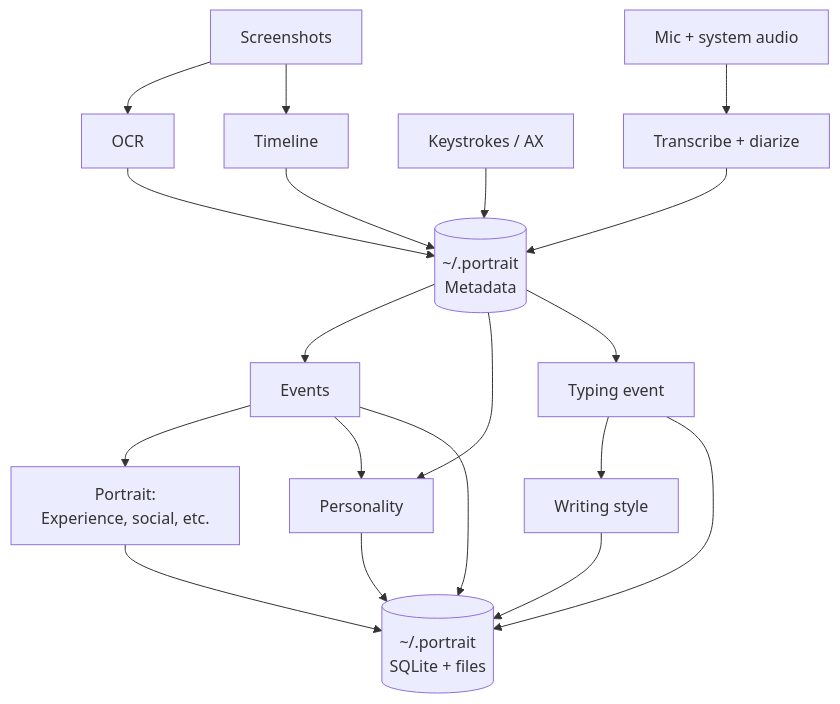
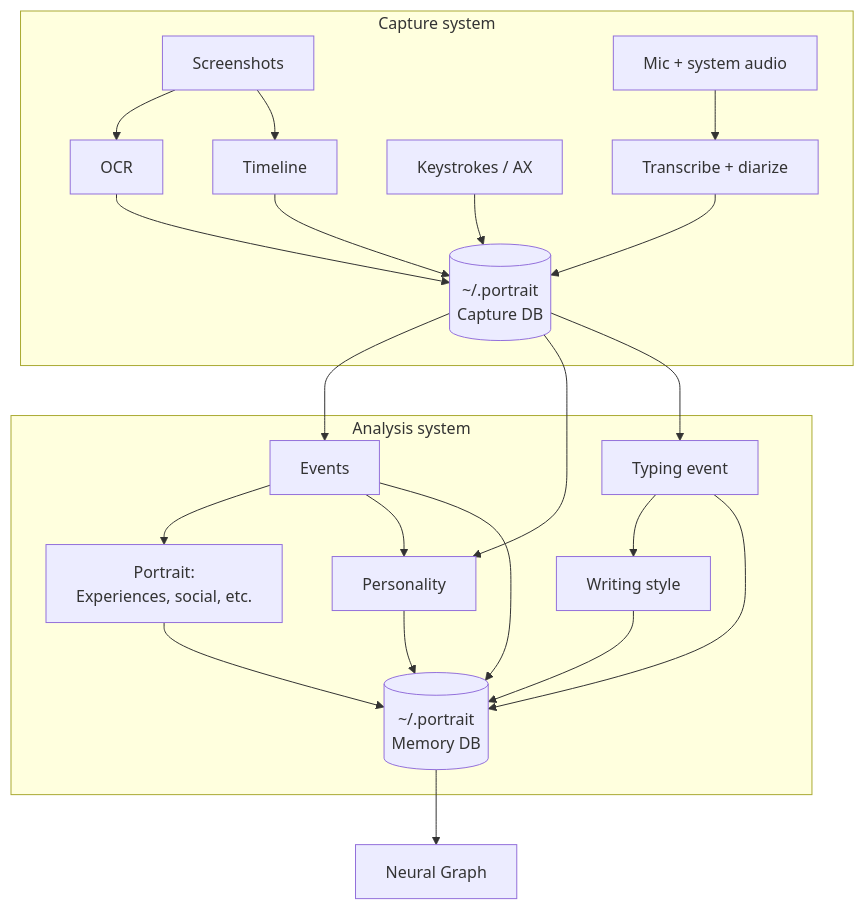
One commit to joyzhang14-14/My-Portrait changed the diagram in README.md. Above: the diagram before and after it, drawn with Mermaid. The commit also changed other lines of this file, not shown here.

Commit message:
docs(readme): 流程图分 capture/analysis 两块并修英文表述

````diff
--- a/README.md
+++ b/README.md
@@ -19,25 +19,32 @@
 ```mermaid
 flowchart TB
-  A1["Screenshots"] --> B1["OCR"]
-  A2["Mic + system audio"] --> B2["Transcribe + diarize"]
-  A3["Keystrokes / AX"]
-  A1 --> TL["Timeline"]
+  subgraph CAP["Capture system"]
+    A1["Screenshots"] --> B1["OCR"]
+    A2["Mic + system audio"] --> B2["Transcribe + diarize"]
+    A3["Keystrokes / AX"]
+    A1 --> TL["Timeline"]
 
-  TL --> MT[("~/.portrait<br/>Metadata")]
-  B1 --> MT
-  B2 --> MT
-  A3 --> MT
+    TL --> MT[("~/.portrait<br/>Capture DB")]
+    B1 --> MT
+    B2 --> MT
+    A3 --> MT
+  end
 
-  MT --> E["Events"]
-  E --> P["Portrait:<br/>Experience, social, etc."]
-  E --> PS["Personality"]
+  subgraph ANA["Analysis system"]
+    E["Events"] --> P["Portrait:<br/>Experiences, social, etc."]
+    E --> PS["Personality"]
+    TE["Typing event"] --> WS["Writing style"]
+
+    E --> DB[("~/.portrait<br/>Memory DB")]
+    TE --> DB
+    P --> DB
+    PS --> DB
+    WS --> DB
+  end
+
+  MT --> E
   MT --> PS
-  MT --> TE["Typing event"]
-  TE --> WS["Writing style"]
+  MT --> TE
 
-  E --> DB[("~/.portrait<br/>SQLite + files")]
-  TE --> DB
-  P --> DB
-  PS --> DB
-  WS --> DB
+  DB --> G["Neural Graph"]
 ```
````
